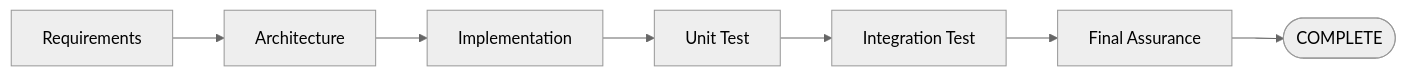
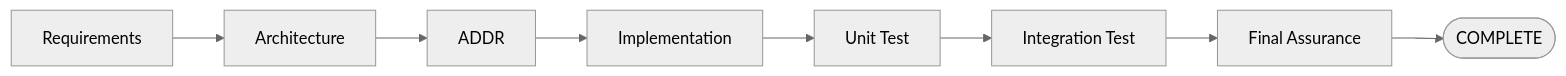
One commit to shun-sa/ai-sdlc-copilot changed the first of 6 diagrams in README.md. Above: the diagram before and after it, drawn with Mermaid (neutral theme). The commit also changed other lines of this file and 49 other files, not shown here.

````diff
--- a/README.md
+++ b/README.md
@@ -28,12 +32,13 @@
 ```mermaid
 flowchart LR
     R[Requirements]
     A[Architecture]
+    AD[ADDR]
     I[Implementation]
     U[Unit Test]
     IT[Integration Test]
     FA[Final Assurance]
     C([COMPLETE])
 
-    R --> A --> I --> U --> IT --> FA --> C
+    R --> A --> AD --> I --> U --> IT --> FA --> C
 ```
````
